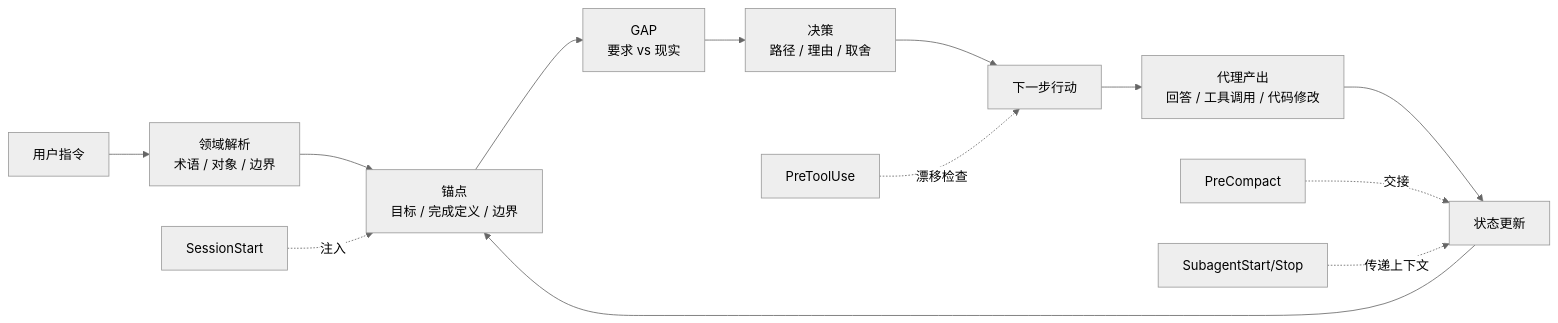
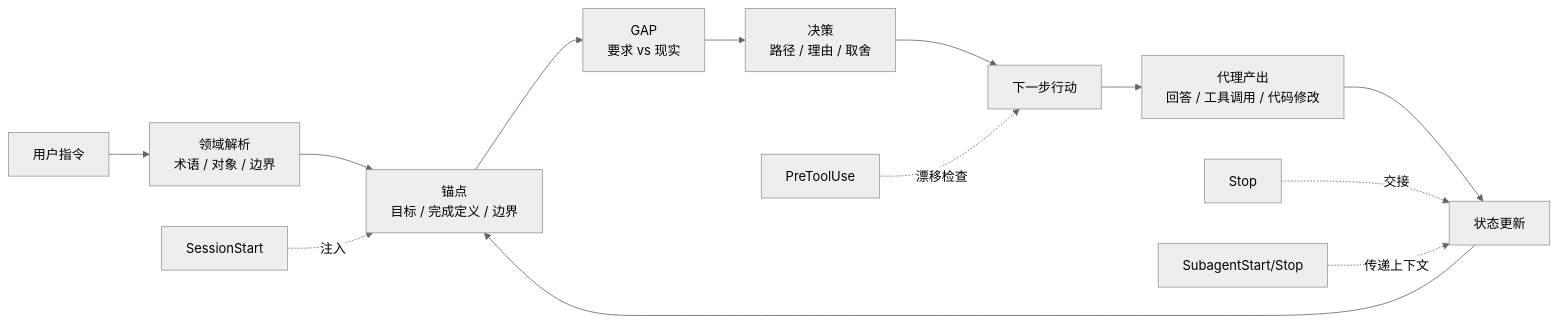
One commit to tianjon/lodestar changed the diagram in README.zh.md. Above: the diagram before and after it, drawn with Mermaid (neutral theme). The commit also changed other lines of this file and 33 other files, not shown here.

````diff
--- a/README.zh.md
+++ b/README.zh.md
@@ -81,16 +81,16 @@
 ```mermaid
 flowchart LR
   A["用户指令"] --> B["领域解析<br/>术语 / 对象 / 边界"]
   B --> C["锚点<br/>目标 / 完成定义 / 边界"]
   C --> D["GAP<br/>要求 vs 现实"]
   D --> E["决策<br/>路径 / 理由 / 取舍"]
   E --> F["下一步行动"]
   F --> G["代理产出<br/>回答 / 工具调用 / 代码修改"]
   G --> H["状态更新"]
   H --> C
 
   S["SessionStart"] -. 注入 .-> C
   T["PreToolUse"] -. 漂移检查 .-> F
-  P["PreCompact"] -. 交接 .-> H
+  P["Stop"] -. 交接 .-> H
   U["SubagentStart/Stop"] -. 传递上下文 .-> H
 ```
````
